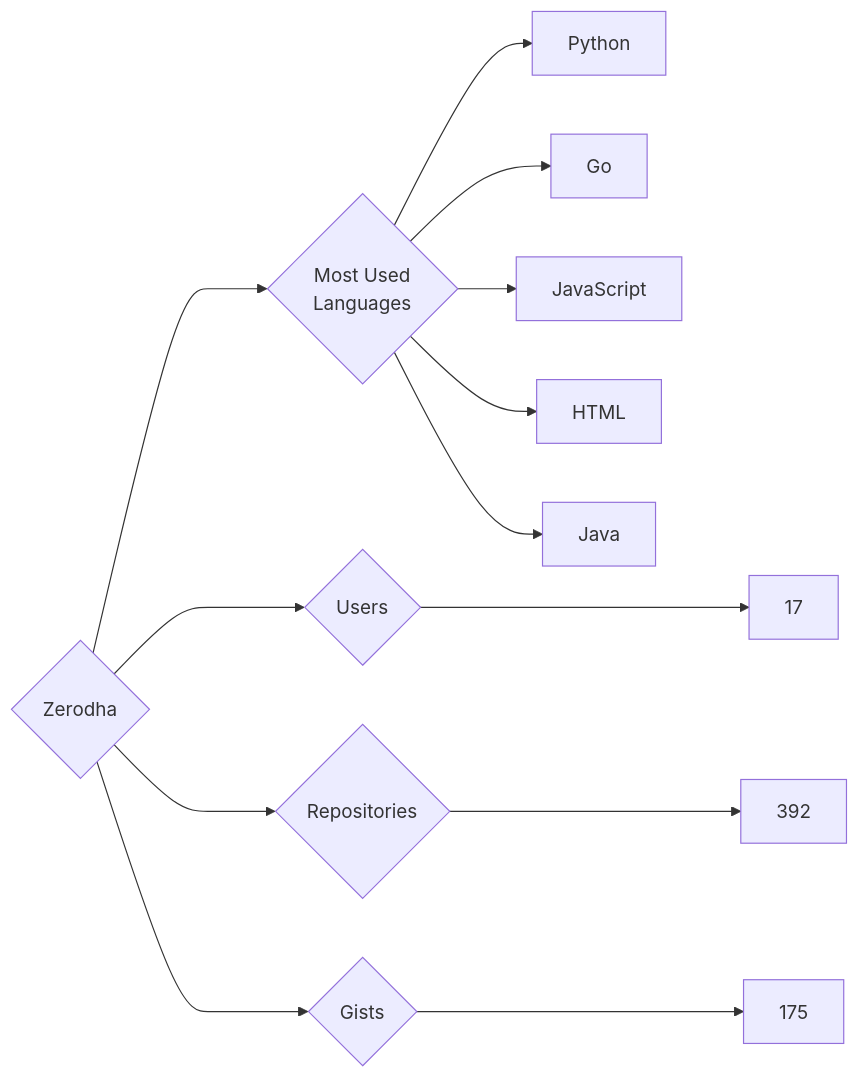
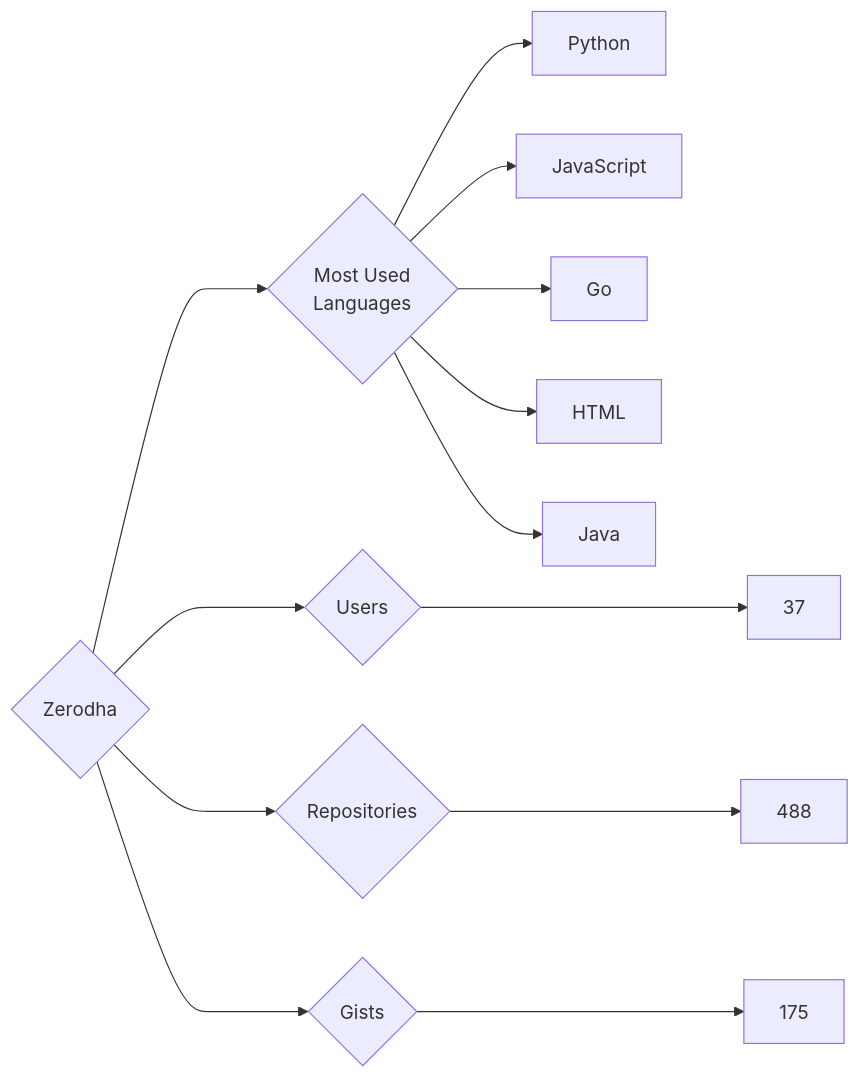
The diagram in targets/Zerodha/README.md (trickest/insiders), drawn with Mermaid before and after one commit. The commit also changed 1696 other files, not shown here.

````diff
--- a/targets/Zerodha/README.md
+++ b/targets/Zerodha/README.md
@@ -3,13 +3,13 @@
 ```mermaid
 graph LR
 COMPANY_NAME{Zerodha}
-COMPANY_NAME ---> U{Users} ---> UN[17]
-COMPANY_NAME ---> R{Repositories} ---> RN[392]
+COMPANY_NAME ---> U{Users} ---> UN[37]
+COMPANY_NAME ---> R{Repositories} ---> RN[488]
 COMPANY_NAME ---> G{Gists} ---> GN[175]
 COMPANY_NAME ---> ML{Most Used<br>Languages}
 ML --> Python[Python]
+ML --> JavaScript[JavaScript]
 ML --> Go[Go]
-ML --> JavaScript[JavaScript]
 ML --> HTML[HTML]
 ML --> Java[Java]
 ```
````
